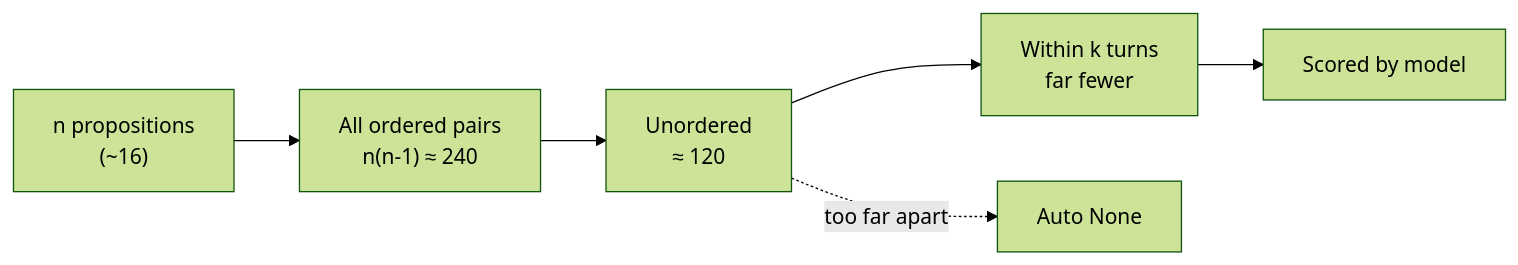
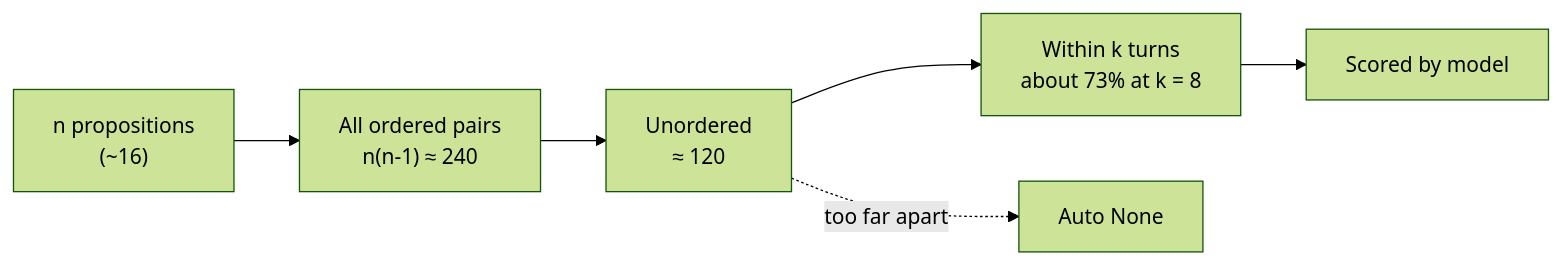
The third of 6 diagrams in a1_cross_encoder/README.md (KuuNL/Argument-Mining), drawn with Mermaid (forest theme) before and after one commit. The commit also changed other lines of this file and 13 other files, not shown here.

````diff
--- a/a1_cross_encoder/README.md
+++ b/a1_cross_encoder/README.md
@@ -84,8 +84,8 @@
 ```mermaid
 flowchart LR
   P["n propositions<br/>(~16)"] --> ALL["All ordered pairs<br/>n(n-1) ≈ 240"]
   ALL --> UN["Unordered<br/>≈ 120"]
-  UN --> WIN["Within k turns<br/>far fewer"]
+  UN --> WIN["Within k turns<br/>about 73% at k = 8"]
   WIN --> OUT["Scored by model"]
   UN -.->|"too far apart"| NONE["Auto None"]
 ```
````
